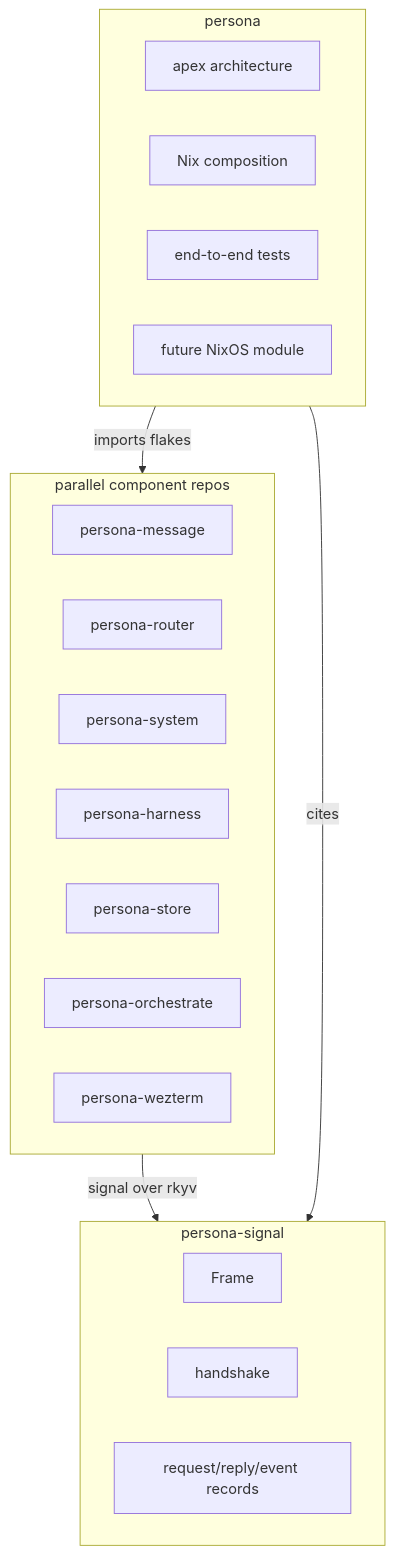
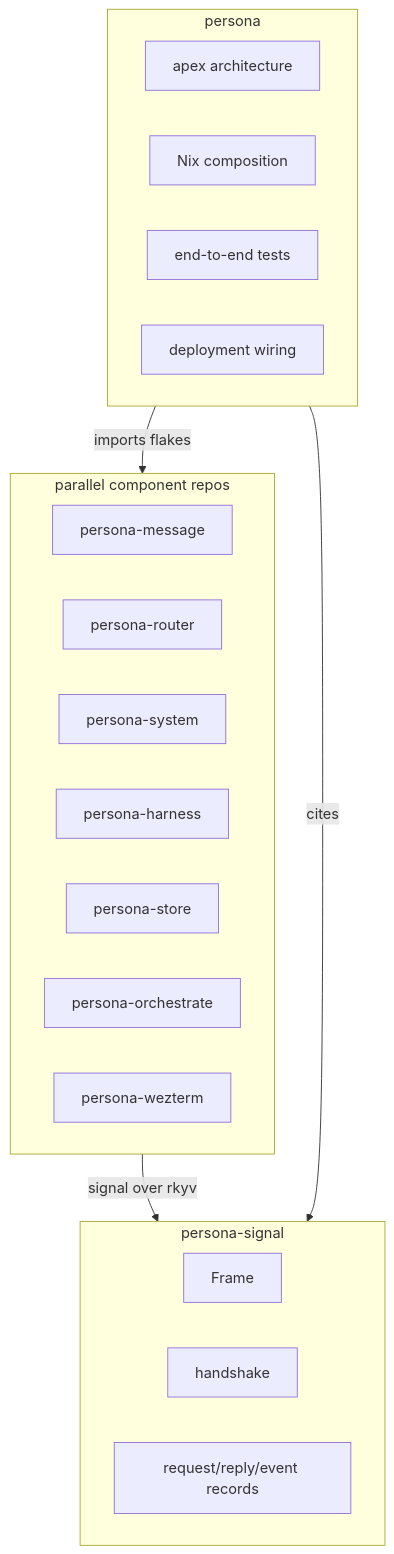
Before and after one commit to LiGoldragon/primary: the first of 4 diagrams in reports/operator/10-persona-parallel-implementation.md, drawn with Mermaid. The commit also changed other lines of this file, not shown here.

Commit message:
tighten operator parallel implementation report

````diff
--- a/reports/operator/10-persona-parallel-implementation.md
+++ b/reports/operator/10-persona-parallel-implementation.md
@@ -16,29 +16,29 @@
 ```mermaid
 flowchart TB
     subgraph apex["persona"]
         architecture["apex architecture"]
         nix["Nix composition"]
         tests["end-to-end tests"]
-        module["future NixOS module"]
+        deployment["deployment wiring"]
     end
 
     subgraph contract["persona-signal"]
         frame["Frame"]
         handshake["handshake"]
         events["request/reply/event records"]
     end
 
     subgraph components["parallel component repos"]
         message["persona-message"]
         router["persona-router"]
         system["persona-system"]
         harness["persona-harness"]
         store["persona-store"]
         orchestrate["persona-orchestrate"]
         wezterm["persona-wezterm"]
     end
 
     apex -->|"imports flakes"| components
     components -->|"signal over rkyv"| contract
     apex -->|"cites"| contract
 ```
````
